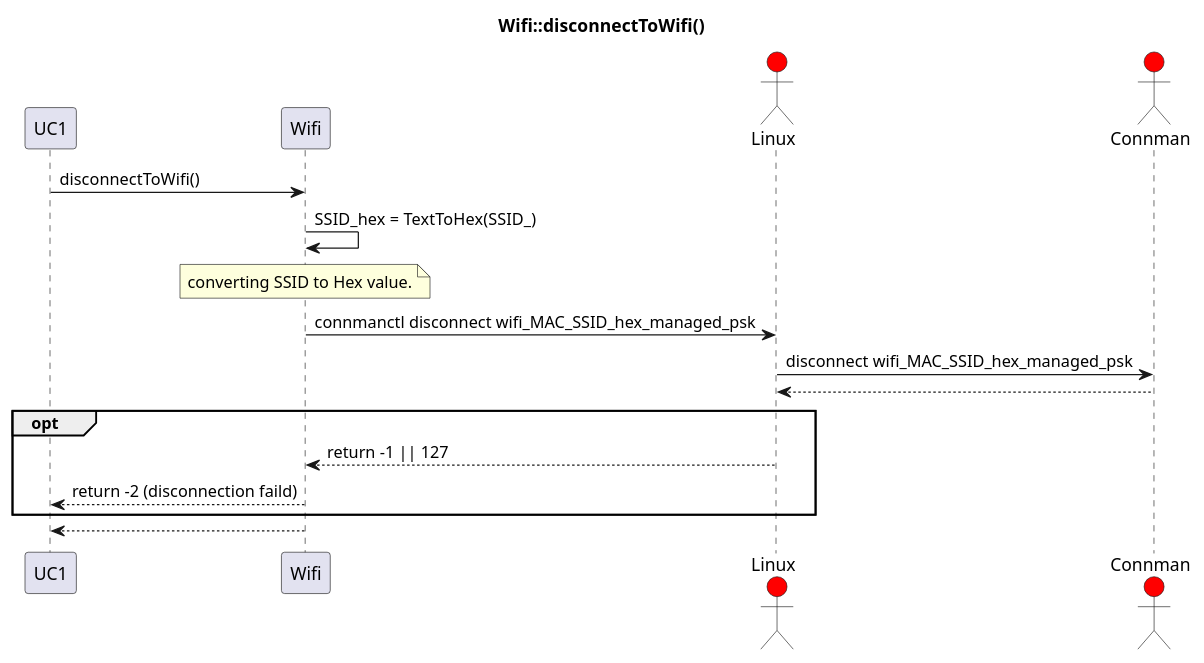
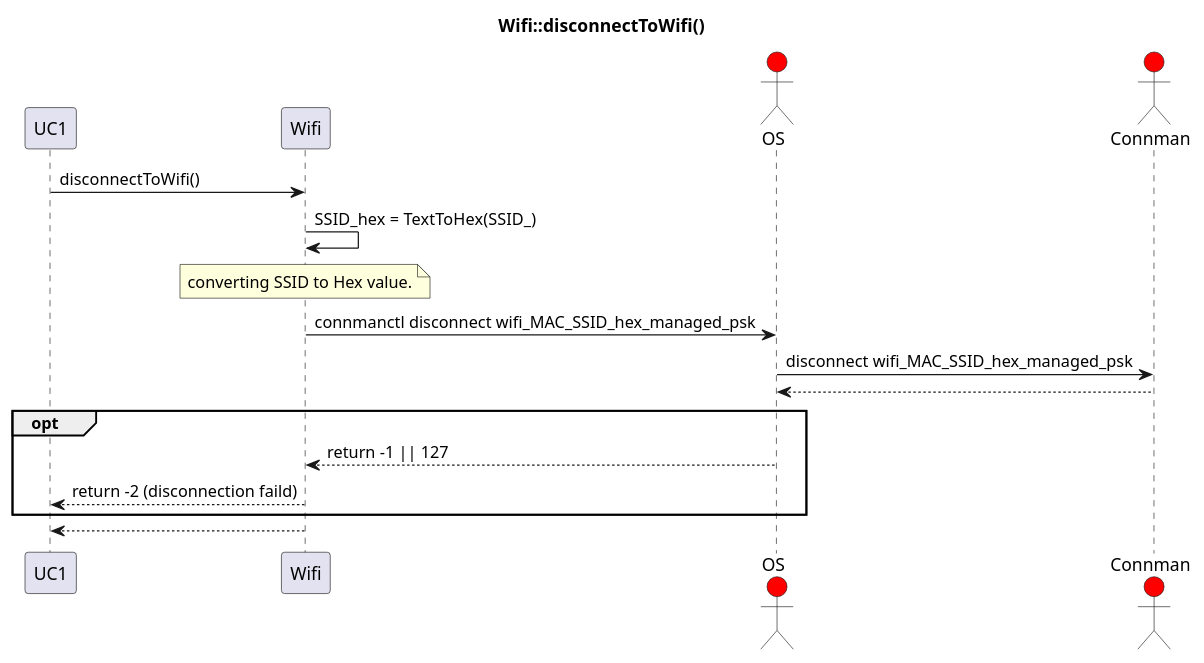
One commit to Solvgraa-mager/E3PRJ3 changed the diagram in Diagrammer/Robo_Sumo_Battle/Communication/Sekvensdiagrammer/Wifi/Wifi_disconnectToWifi.plantuml. Above: the diagram before and after it, drawn with PlantUML. The commit also changed 24 other files, not shown here.

```diff
--- a/Diagrammer/Robo_Sumo_Battle/Communication/Sekvensdiagrammer/Wifi/Wifi_disconnectToWifi.plantuml
+++ b/Diagrammer/Robo_Sumo_Battle/Communication/Sekvensdiagrammer/Wifi/Wifi_disconnectToWifi.plantuml
@@ -1,24 +1,24 @@
 @startuml
 title Wifi::disconnectToWifi()
 participant UC1
 participant Wifi
-actor Linux #red
+actor OS #red
 actor Connman #red
 
 
 UC1 -> Wifi : disconnectToWifi()
 
 Wifi -> Wifi : SSID_hex = TextToHex(SSID_) 
 note over Wifi : converting SSID to Hex value.
 
-Wifi -> Linux : connmanctl disconnect wifi_MAC_SSID_hex_managed_psk
-Linux -> Connman : disconnect wifi_MAC_SSID_hex_managed_psk
-Linux <-- Connman 
+Wifi -> OS : connmanctl disconnect wifi_MAC_SSID_hex_managed_psk
+OS -> Connman : disconnect wifi_MAC_SSID_hex_managed_psk
+OS <-- Connman 
 opt 
-    Wifi <-- Linux : return -1 || 127 
+    Wifi <-- OS : return -1 || 127 
     UC1 <-- Wifi : return -2 (disconnection faild)
 end 
 UC1 <-- Wifi
 
 
 @enduml
```
